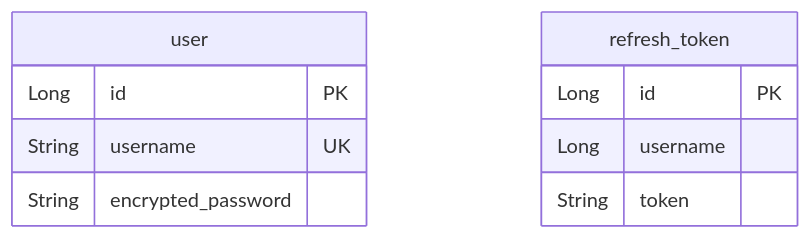
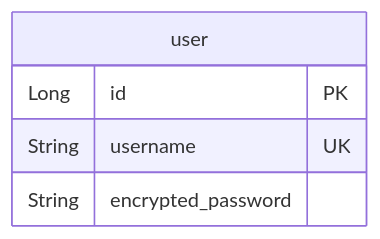
One commit to Dsm-Hackathon-2024/backend changed the diagram in README.md. Above: the diagram before and after it, drawn with Mermaid.

Commit message:
제거

````diff
--- a/README.md
+++ b/README.md
@@ -3,14 +3,8 @@
 ```mermaid
     erDiagram
         user {
             Long id PK
             String username UK
             String encrypted_password
         }
-        
-        refresh_token {
-            Long id PK
-            Long username
-            String token
-        }
 ``` 
````
